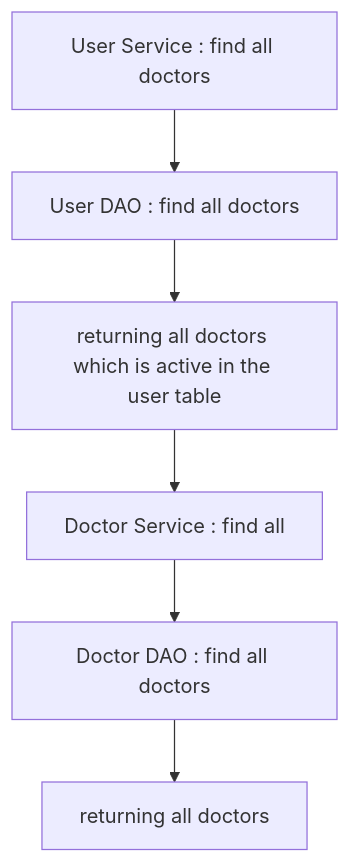
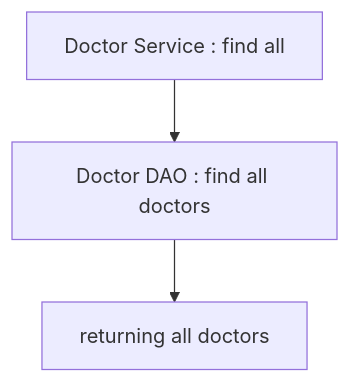
The eighth of 9 diagrams in README.md (fssa-batch3/sec_b_deepika.sriram__corejava_project_2), drawn with Mermaid before and after one commit. The commit also changed other lines of this file, not shown here.

````diff
--- a/README.md
+++ b/README.md
@@ -274,8 +274,6 @@
 ```mermaid
 graph TD;
-A[User Service : find all doctors] -->B[User DAO : find all doctors]
-B-->C[returning all doctors which is active in the user table]
-C -->D[Doctor Service : find all]
+D[Doctor Service : find all]
 D -->E[Doctor DAO : find all doctors]
 E -->F[returning all doctors]
 ```
````
